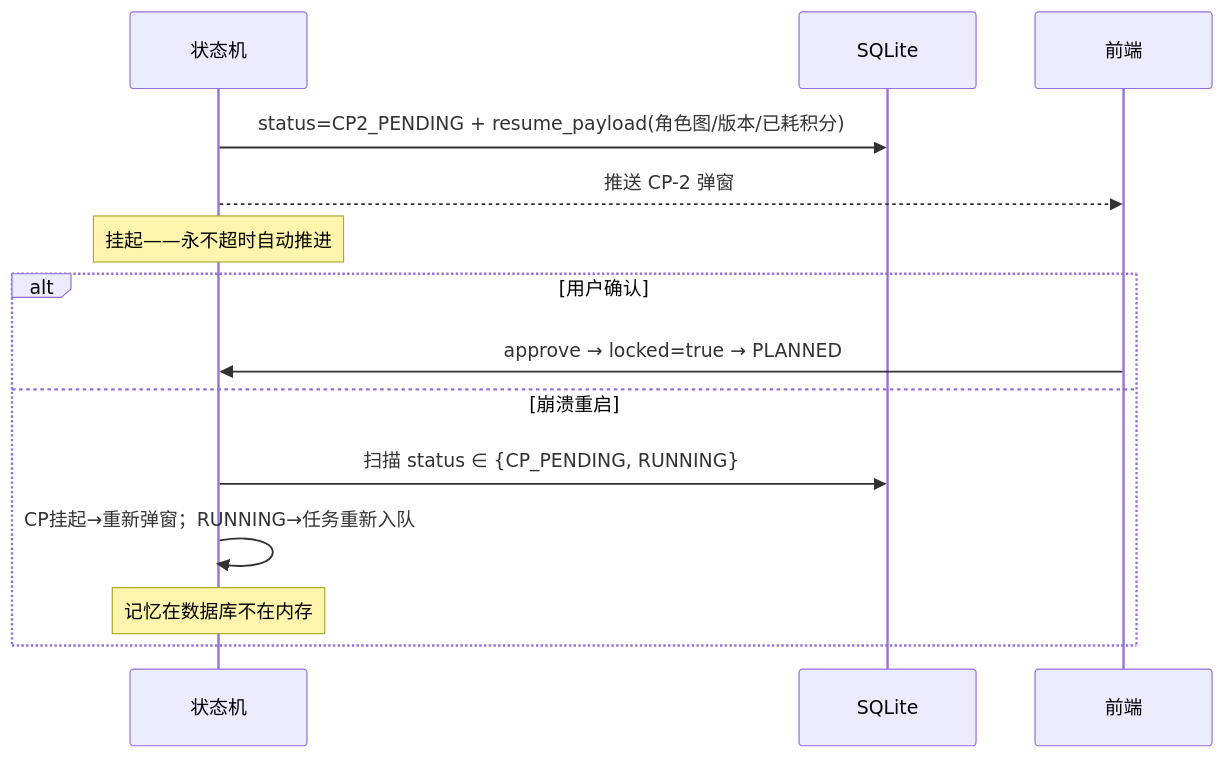
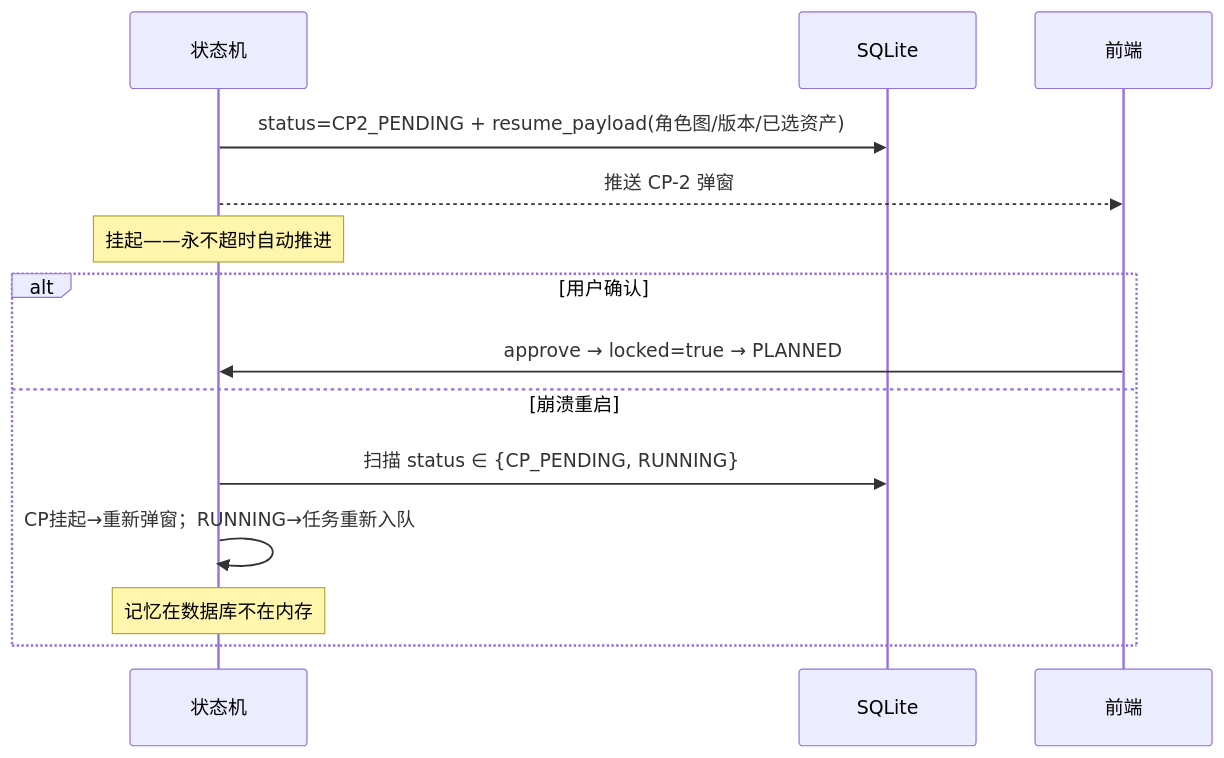
Before and after one commit to kujirashark/WhaleJu: the seventh of 9 diagrams in docs/鲸鲨漫剧-系统设计方案-合订本-v3.1.md, drawn with Mermaid. The commit also changed other lines of this file and 98 other files, not shown here.

````diff
--- a/docs/鲸鲨漫剧-系统设计方案-合订本-v3.1.md
+++ b/docs/鲸鲨漫剧-系统设计方案-合订本-v3.1.md
@@ -200,16 +192,16 @@
 ```mermaid
 sequenceDiagram
     participant FS as 状态机
     participant DB as SQLite
     participant UI as 前端
-    FS->>DB: status=CP2_PENDING + resume_payload(角色图/版本/已耗积分)
+    FS->>DB: status=CP2_PENDING + resume_payload(角色图/版本/已选资产)
     FS-->>UI: 推送 CP-2 弹窗
     Note over FS: 挂起——永不超时自动推进
     alt 用户确认
         UI->>FS: approve → locked=true → PLANNED
     else 崩溃重启
         FS->>DB: 扫描 status ∈ {CP_PENDING, RUNNING}
         FS->>FS: CP挂起→重新弹窗；RUNNING→任务重新入队
         Note over FS: 记忆在数据库不在内存
     end
 ```
````
